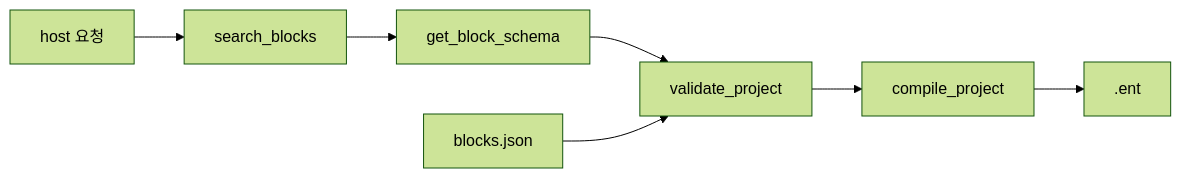
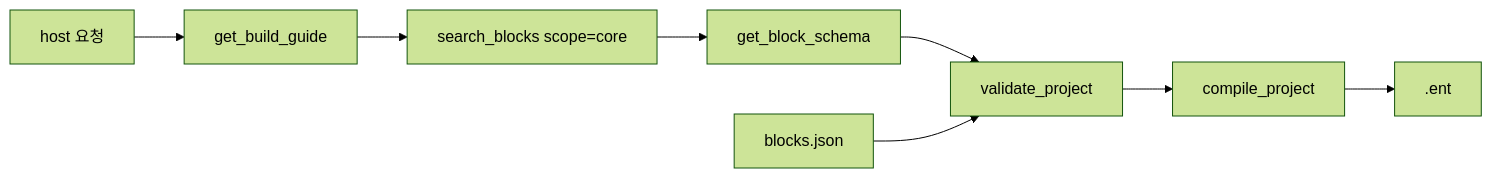
The diagram in README.md (seohuda/entry-vibe-mcp), drawn with Mermaid (forest theme) before and after one commit. The commit also changed other lines of this file and 3 other files, not shown here.

````diff
--- a/README.md
+++ b/README.md
@@ -250,10 +255,11 @@
 ```mermaid
 flowchart LR
-  Host[host 요청] --> Search[search_blocks]
+  Host[host 요청] --> Guide[get_build_guide]
+  Guide --> Search[search_blocks scope=core]
   Search --> Schema[get_block_schema]
   Schema --> Validate[validate_project]
   Validate --> Compile[compile_project]
   Compile --> Out[.ent]
 
   Catalog[blocks.json] --> Validate
 ```
````
